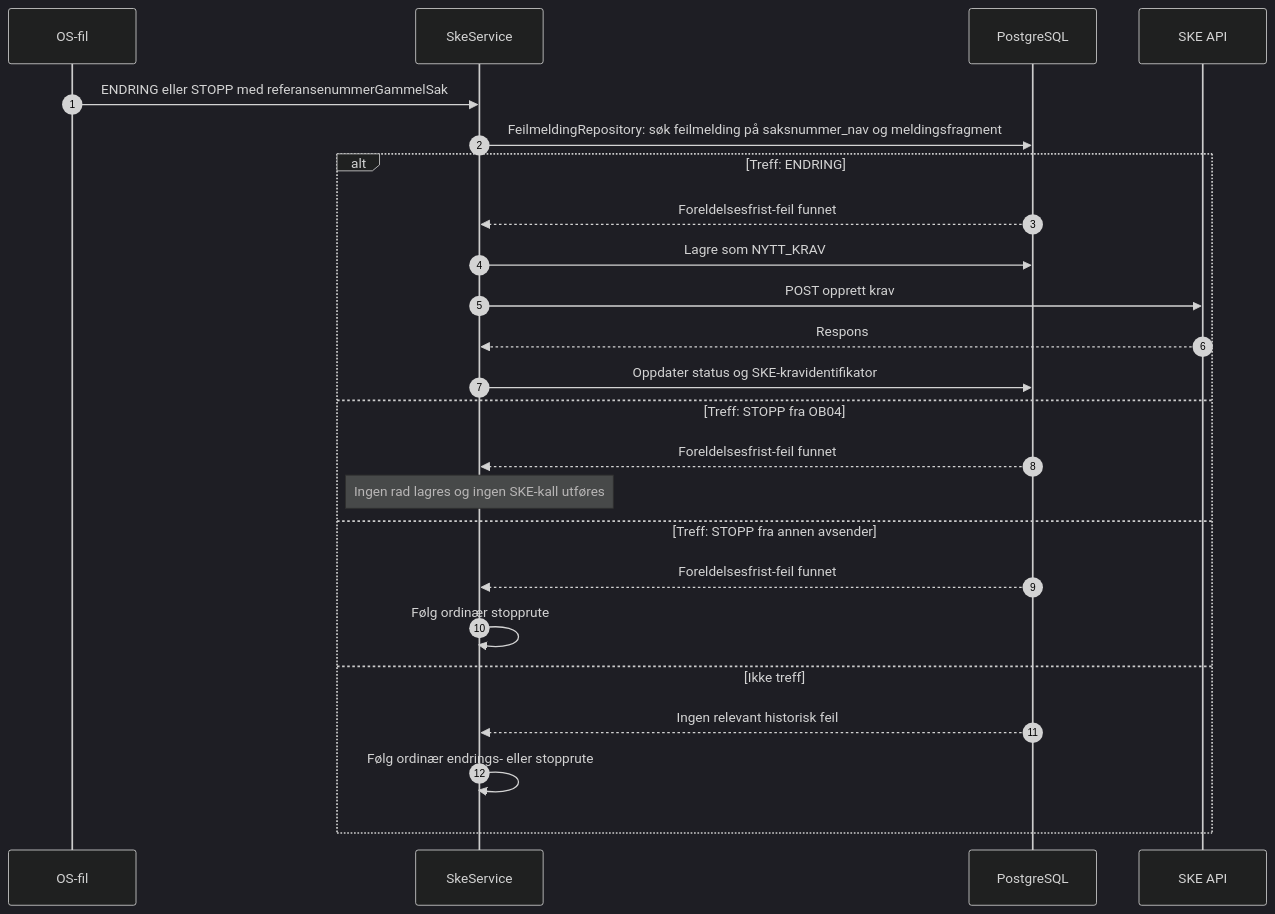
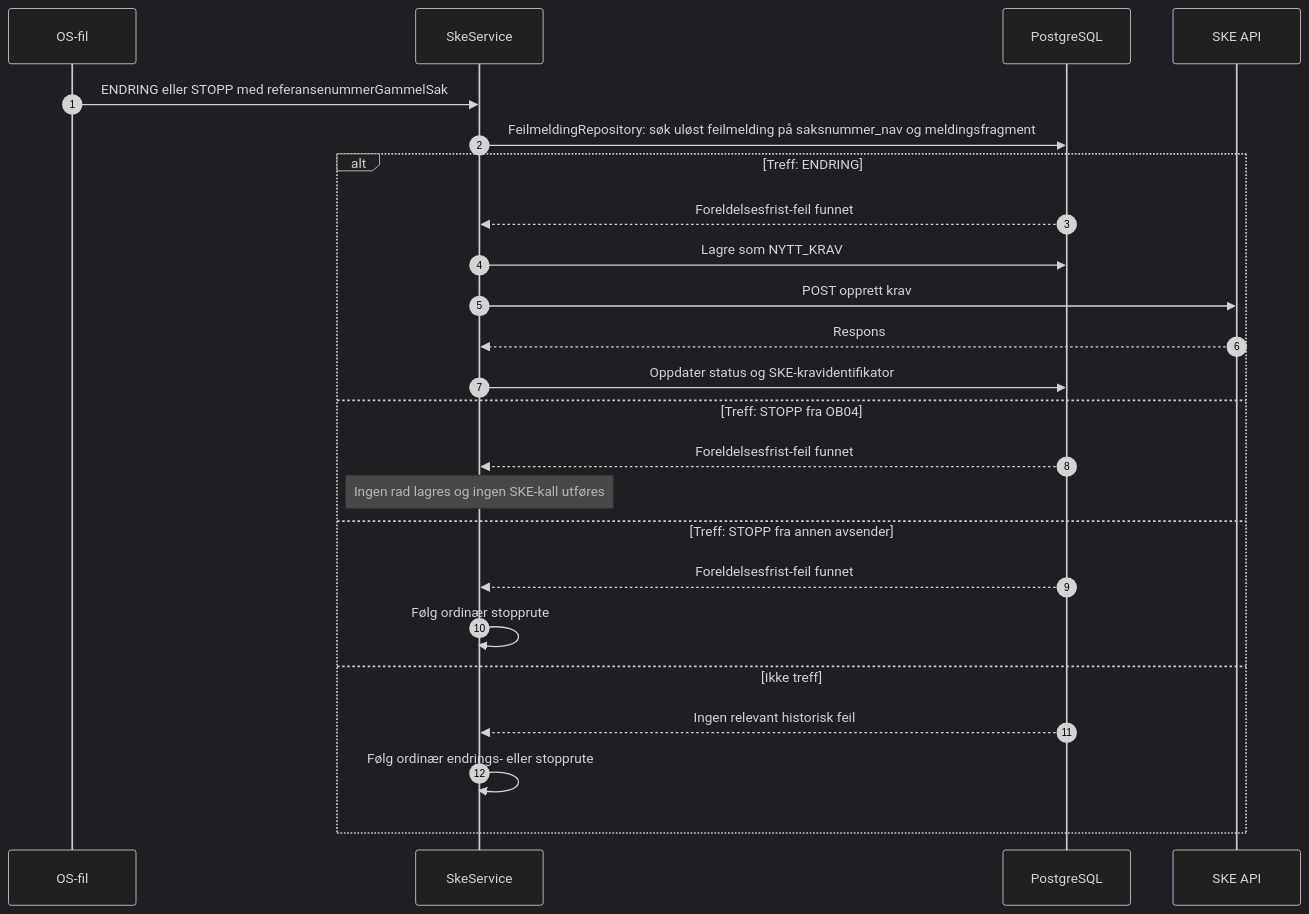
One commit to navikt/sokos-ske-krav changed the second of 2 diagrams in dokumentasjon/Oppryddingsspor_foreldelsesfrist.md. Above: the diagram before and after it, drawn with Mermaid (dark theme). The commit also changed other lines of this file and 4 other files, not shown here.

````diff
--- a/dokumentasjon/Oppryddingsspor_foreldelsesfrist.md
+++ b/dokumentasjon/Oppryddingsspor_foreldelsesfrist.md
@@ -47,27 +45,27 @@
 ```mermaid
 sequenceDiagram
     autonumber
     participant OS as OS-fil
     participant SkeService
     participant DB as PostgreSQL
     participant SKE as SKE API
 
     OS->>SkeService: ENDRING eller STOPP med referansenummerGammelSak
-    SkeService->>DB: FeilmeldingRepository: søk feilmelding på saksnummer_nav og meldingsfragment
+    SkeService->>DB: FeilmeldingRepository: søk uløst feilmelding på saksnummer_nav og meldingsfragment
     alt Treff: ENDRING
         DB-->>SkeService: Foreldelsesfrist-feil funnet
         SkeService->>DB: Lagre som NYTT_KRAV
         SkeService->>SKE: POST opprett krav
         SKE-->>SkeService: Respons
         SkeService->>DB: Oppdater status og SKE-kravidentifikator
     else Treff: STOPP fra OB04
         DB-->>SkeService: Foreldelsesfrist-feil funnet
         Note over SkeService: Ingen rad lagres og ingen SKE-kall utføres
     else Treff: STOPP fra annen avsender
         DB-->>SkeService: Foreldelsesfrist-feil funnet
         SkeService->>SkeService: Følg ordinær stopprute
     else Ikke treff
         DB-->>SkeService: Ingen relevant historisk feil
         SkeService->>SkeService: Følg ordinær endrings- eller stopprute
     end
 ```
````
